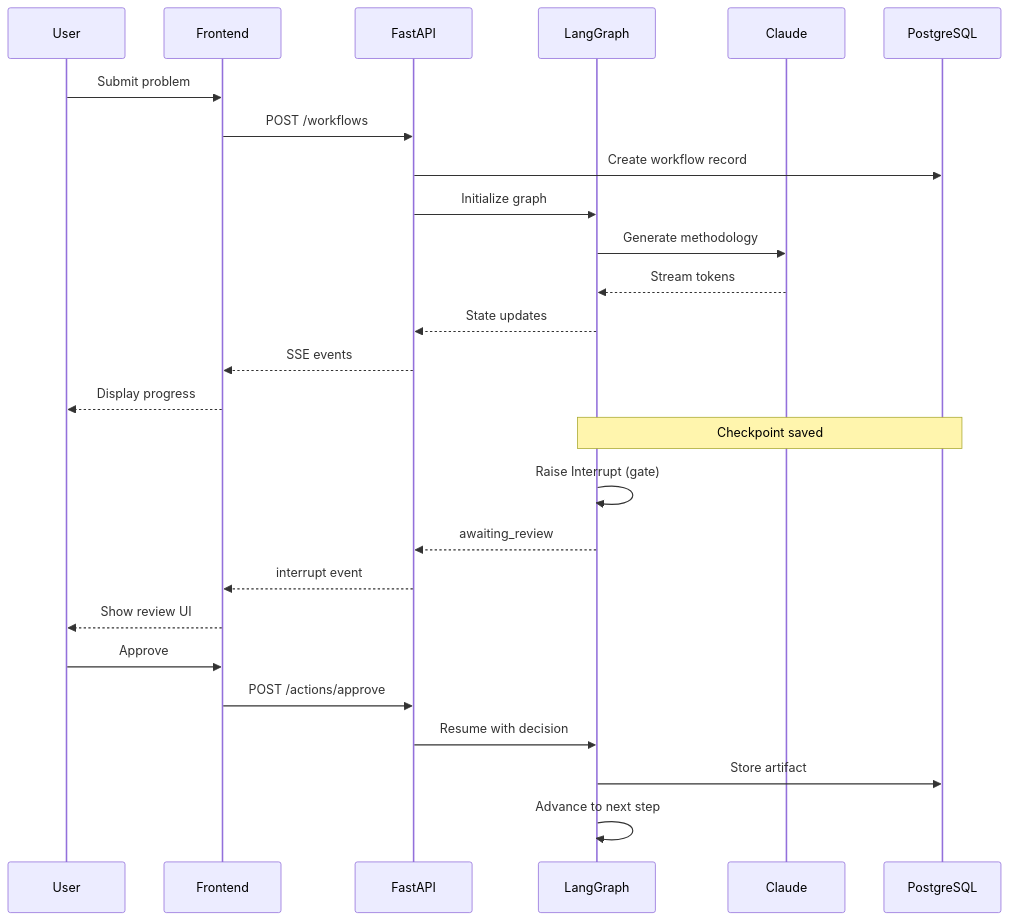
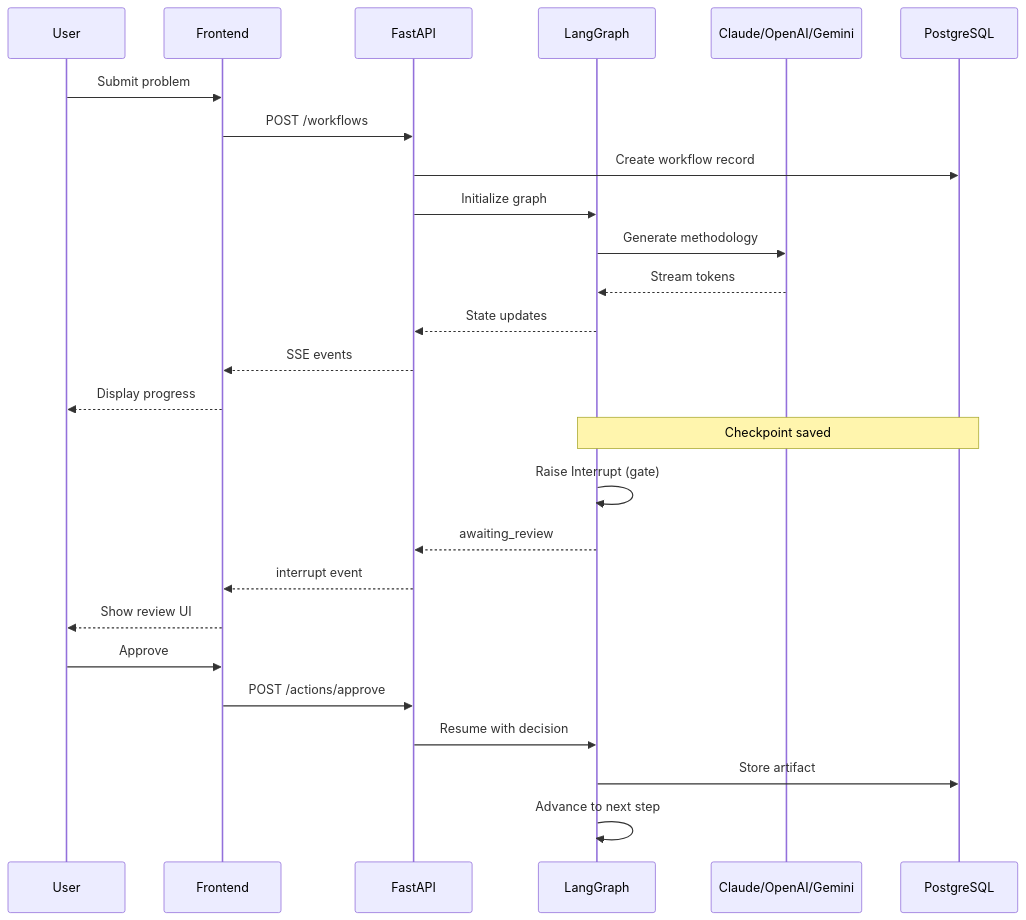
The third of 7 diagrams in docs/spec/3_solver-technical-spec.md (sgttomas/solver-engine), drawn with Mermaid before and after one commit. The commit also changed other lines of this file and 7 other files, not shown here.

````diff
--- a/docs/spec/3_solver-technical-spec.md
+++ b/docs/spec/3_solver-technical-spec.md
@@ -181,32 +181,32 @@
 ```mermaid
 sequenceDiagram
     participant U as User
     participant F as Frontend
     participant A as FastAPI
     participant G as LangGraph
-    participant C as Claude
+    participant C as Claude/OpenAI/Gemini
     participant P as PostgreSQL
     
     U->>F: Submit problem
     F->>A: POST /workflows
     A->>P: Create workflow record
     A->>G: Initialize graph
     G->>C: Generate methodology
     C-->>G: Stream tokens
     G-->>A: State updates
     A-->>F: SSE events
     F-->>U: Display progress
     
     Note over G,P: Checkpoint saved
     
     G->>G: Raise Interrupt (gate)
     G-->>A: awaiting_review
     A-->>F: interrupt event
     F-->>U: Show review UI
     
     U->>F: Approve
     F->>A: POST /actions/approve
     A->>G: Resume with decision
     G->>P: Store artifact
     G->>G: Advance to next step
 ```
````
